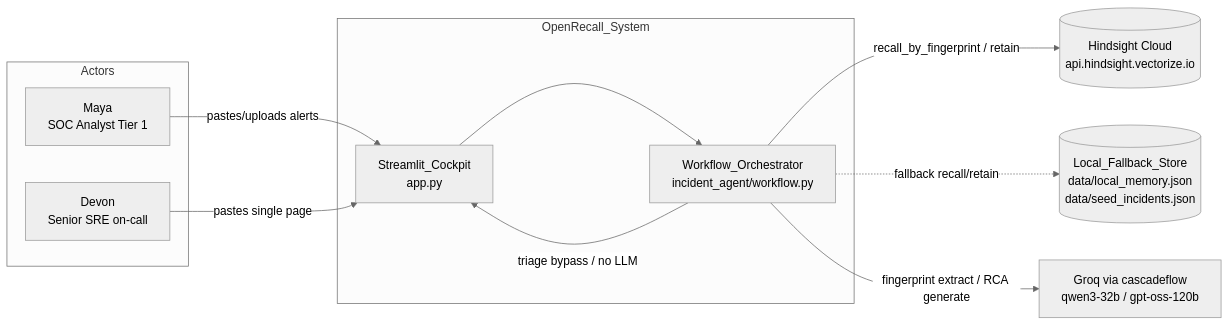
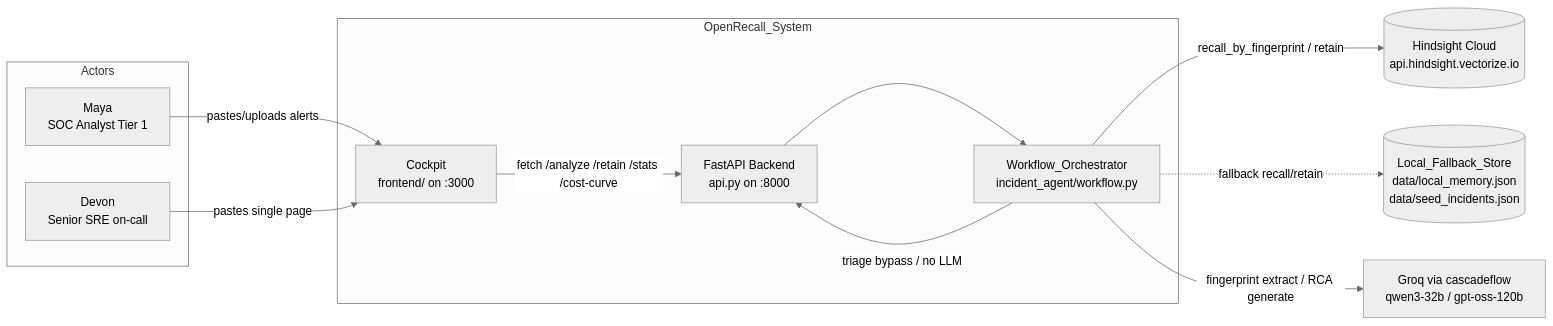
Before and after one commit to Dawn-Fighter/Open-Recall: the first of 5 diagrams in .kiro/specs/openrecall/design.md, drawn with Mermaid (neutral theme). The commit also changed other lines of this file and 64 other files, not shown here.

````diff
--- a/.kiro/specs/openrecall/design.md
+++ b/.kiro/specs/openrecall/design.md
@@ -15,24 +15,26 @@
 ```mermaid
 flowchart LR
     subgraph Actors
         Maya[Maya<br/>SOC Analyst Tier 1]
         Devon[Devon<br/>Senior SRE on-call]
     end
 
     subgraph OpenRecall_System
-        Cockpit[Streamlit_Cockpit<br/>app.py]
+        Frontend[Cockpit<br/>frontend/ on :3000]
+        Backend[FastAPI Backend<br/>api.py on :8000]
         Workflow[Workflow_Orchestrator<br/>incident_agent/workflow.py]
     end
 
     HindsightCloud[(Hindsight Cloud<br/>api.hindsight.vectorize.io)]
     LocalStore[(Local_Fallback_Store<br/>data/local_memory.json<br/>data/seed_incidents.json)]
     Groq[Groq via cascadeflow<br/>qwen3-32b / gpt-oss-120b]
 
-    Maya -- pastes/uploads alerts --> Cockpit
-    Devon -- pastes single page --> Cockpit
-    Cockpit --> Workflow
+    Maya -- pastes/uploads alerts --> Frontend
+    Devon -- pastes single page --> Frontend
+    Frontend -- fetch /analyze /retain /stats /cost-curve --> Backend
+    Backend --> Workflow
     Workflow -- recall_by_fingerprint / retain --> HindsightCloud
     Workflow -. fallback recall/retain .-> LocalStore
     Workflow -- fingerprint extract / RCA generate --> Groq
-    Workflow -- triage bypass / no LLM --> Cockpit
+    Workflow -- triage bypass / no LLM --> Backend
 ```
````
